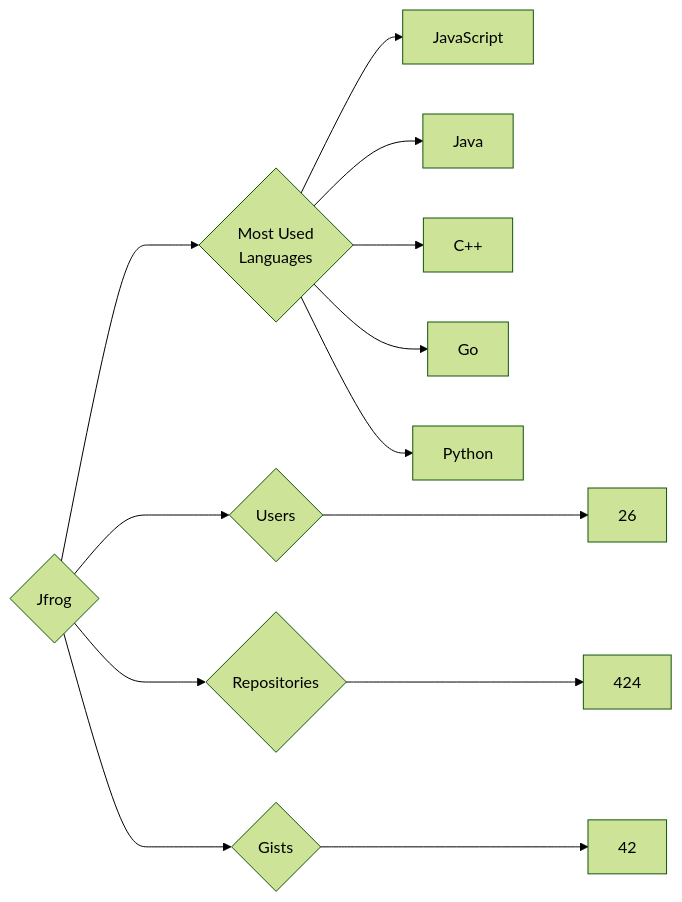
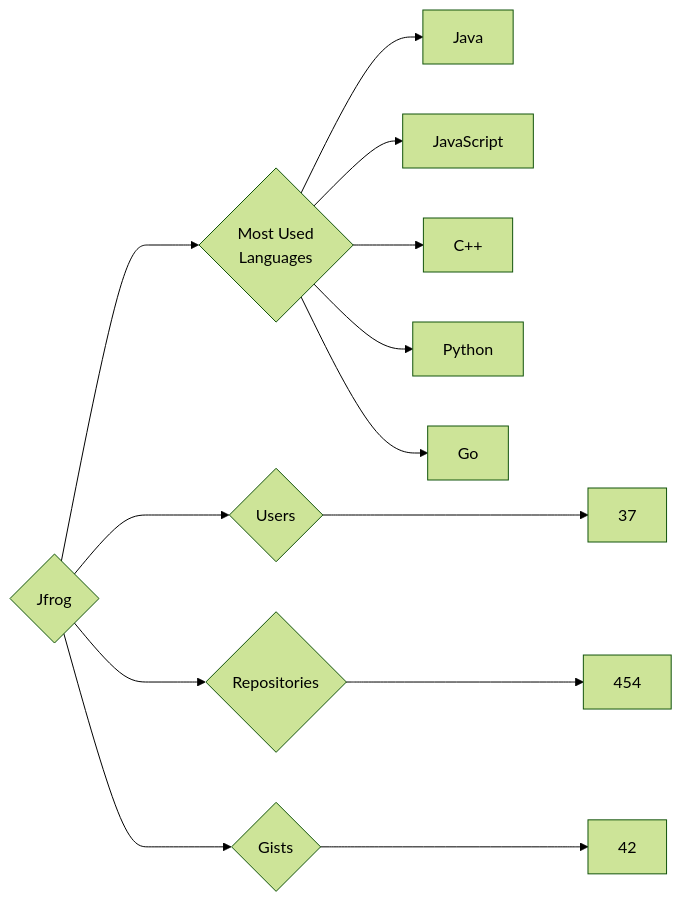
Before and after one commit to trickest/insiders: the diagram in targets/Jfrog/README.md, drawn with Mermaid (forest theme). The commit also changed 965 other files, not shown here.

````diff
--- a/targets/Jfrog/README.md
+++ b/targets/Jfrog/README.md
@@ -3,13 +3,13 @@
 ```mermaid
 graph LR
 COMPANY_NAME{Jfrog}
-COMPANY_NAME ---> U{Users} ---> UN[26]
-COMPANY_NAME ---> R{Repositories} ---> RN[424]
+COMPANY_NAME ---> U{Users} ---> UN[37]
+COMPANY_NAME ---> R{Repositories} ---> RN[454]
 COMPANY_NAME ---> G{Gists} ---> GN[42]
 COMPANY_NAME ---> ML{Most Used<br>Languages}
+ML --> Java[Java]
 ML --> JavaScript[JavaScript]
-ML --> Java[Java]
 ML --> C++[C++]
+ML --> Python[Python]
 ML --> Go[Go]
-ML --> Python[Python]
 ```
````
